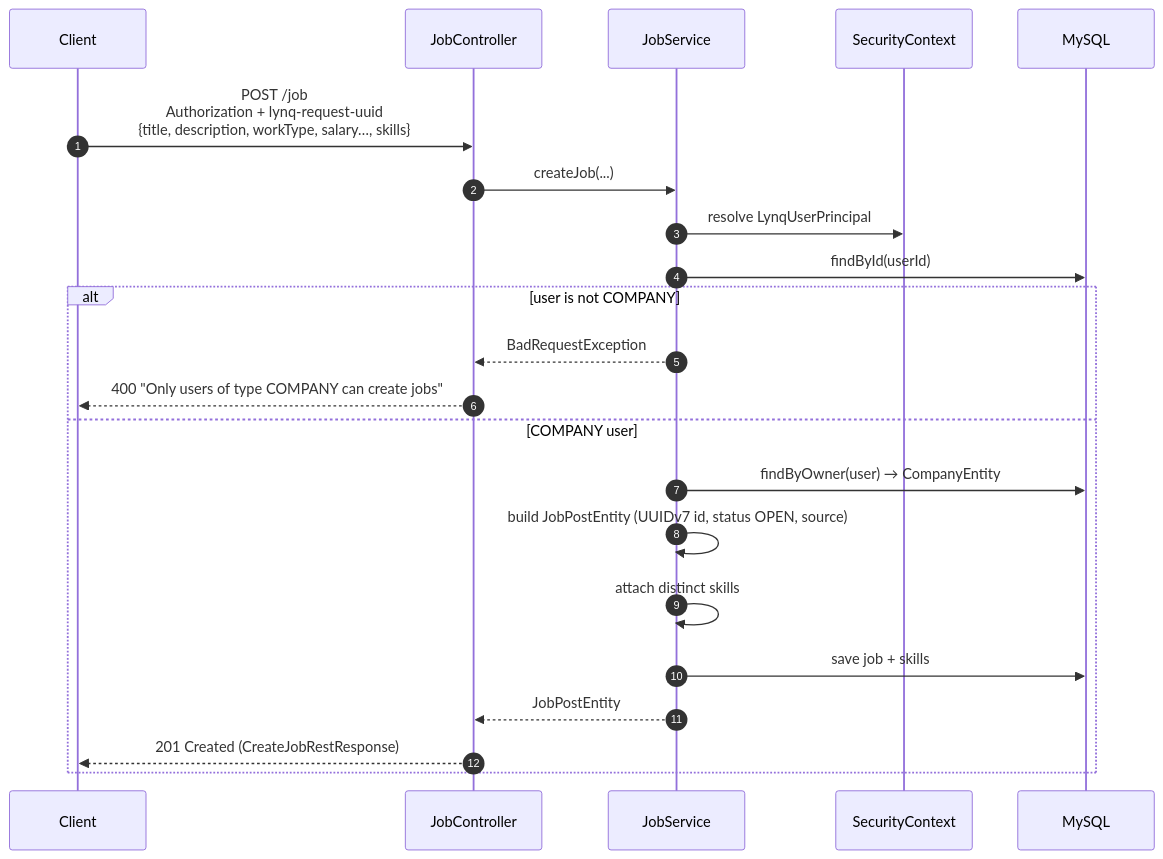
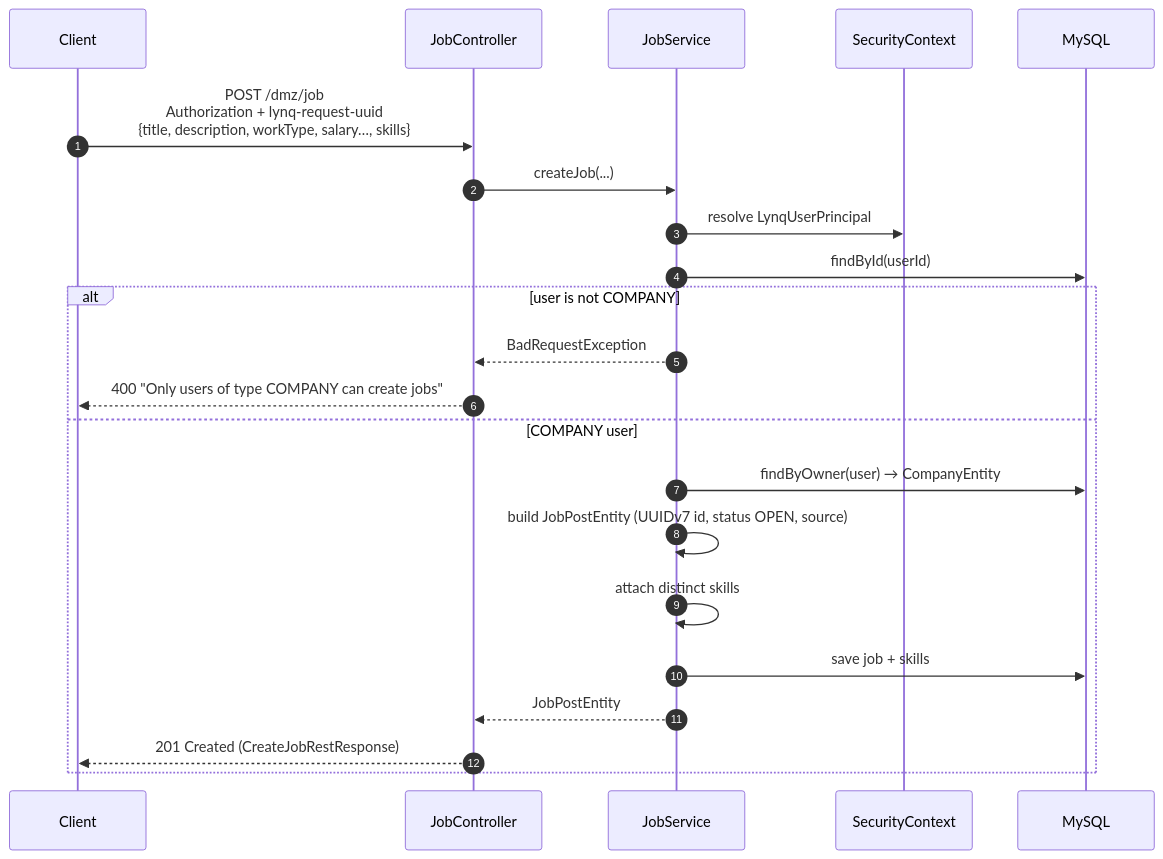
One commit to MatLock/UdeSA-lynq changed the first of 4 diagrams in lynq-app-backend/README.md. Above: the diagram before and after it, drawn with Mermaid. The commit also changed other lines of this file and 110 other files, not shown here.

````diff
--- a/lynq-app-backend/README.md
+++ b/lynq-app-backend/README.md
@@ -129,25 +134,25 @@
 ```mermaid
 sequenceDiagram
     autonumber
     participant C as Client
     participant Ctrl as JobController
     participant Svc as JobService
     participant Sec as SecurityContext
     participant DB as MySQL
 
-    C->>Ctrl: POST /job<br/>Authorization + lynq-request-uuid<br/>{title, description, workType, salary…, skills}
+    C->>Ctrl: POST /dmz/job<br/>Authorization + lynq-request-uuid<br/>{title, description, workType, salary…, skills}
     Ctrl->>Svc: createJob(...)
     Svc->>Sec: resolve LynqUserPrincipal
     Svc->>DB: findById(userId)
     alt user is not COMPANY
         Svc-->>Ctrl: BadRequestException
         Ctrl-->>C: 400 "Only users of type COMPANY can create jobs"
     else COMPANY user
         Svc->>DB: findByOwner(user) → CompanyEntity
         Svc->>Svc: build JobPostEntity (UUIDv7 id, status OPEN, source)
         Svc->>Svc: attach distinct skills
         Svc->>DB: save job + skills
         Svc-->>Ctrl: JobPostEntity
         Ctrl-->>C: 201 Created (CreateJobRestResponse)
     end
 ```
````
